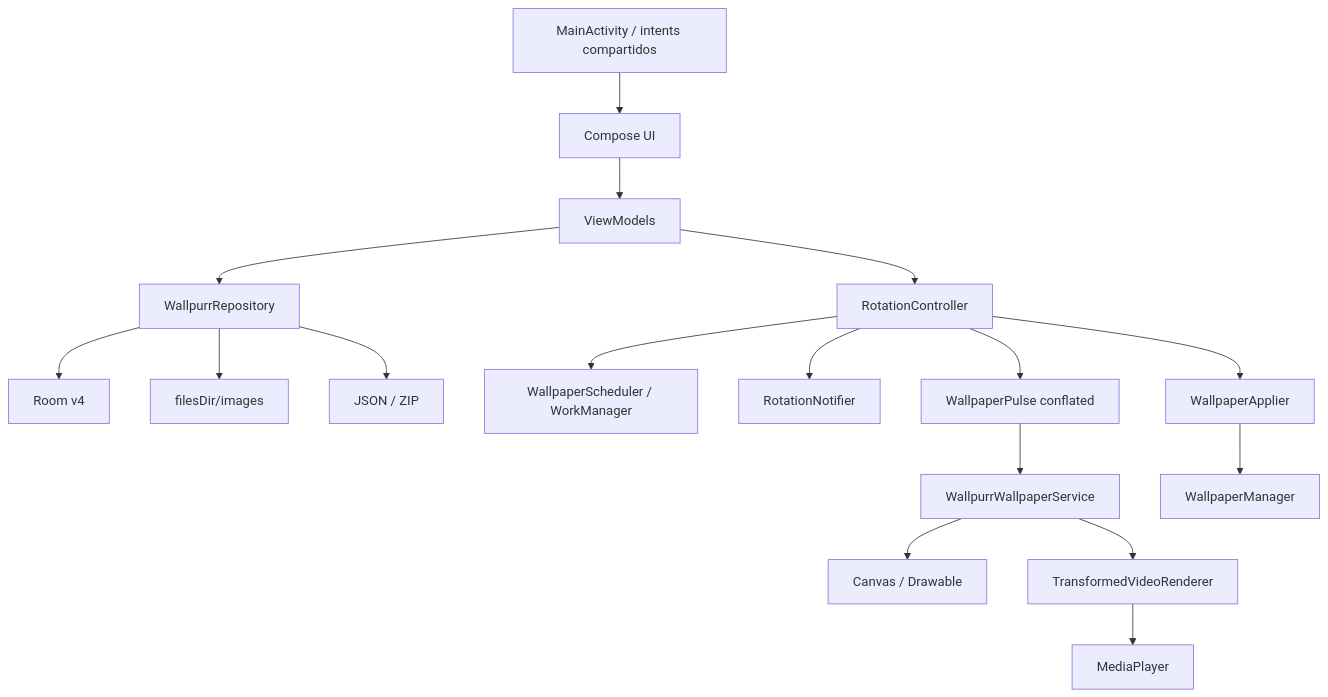
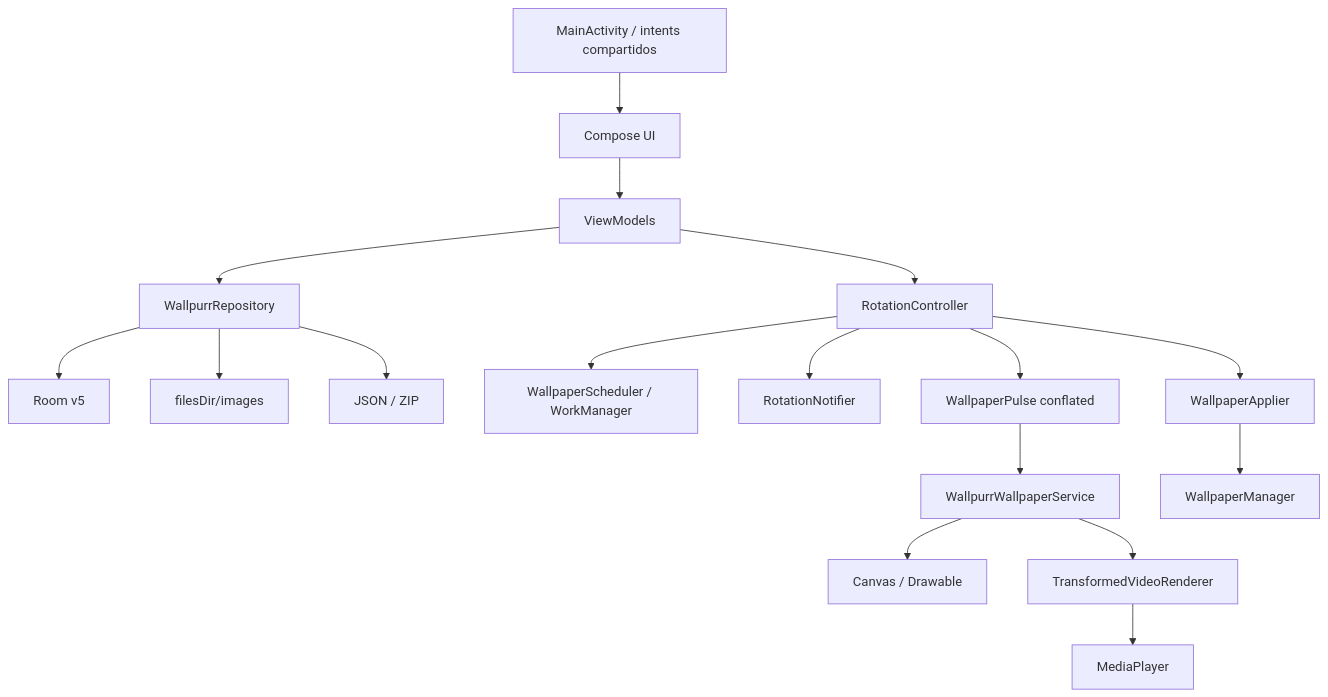
Before and after one commit to Chofito/wallpur: the first of 4 diagrams in docs/ARCHITECTURE.md, drawn with Mermaid. The commit also changed other lines of this file and 3 other files, not shown here.

````diff
--- a/docs/ARCHITECTURE.md
+++ b/docs/ARCHITECTURE.md
@@ -19,19 +19,19 @@
 ```mermaid
 flowchart TD
     Activity["MainActivity / intents compartidos"] --> UI["Compose UI"]
     UI --> VM["ViewModels"]
     VM --> Repo["WallpurrRepository"]
-    Repo --> Room["Room v4"]
+    Repo --> Room["Room v5"]
     Repo --> Files["filesDir/images"]
     Repo --> Backup["JSON / ZIP"]
     VM --> Rotation["RotationController"]
     Rotation --> Scheduler["WallpaperScheduler / WorkManager"]
     Rotation --> Notify["RotationNotifier"]
     Rotation --> Pulse["WallpaperPulse conflated"]
     Pulse --> Service["WallpurrWallpaperService"]
     Rotation --> Static["WallpaperApplier"]
     Service --> Canvas["Canvas / Drawable"]
     Service --> EGL["TransformedVideoRenderer"]
     EGL --> Player["MediaPlayer"]
     Static --> Manager["WallpaperManager"]
 ```
````
